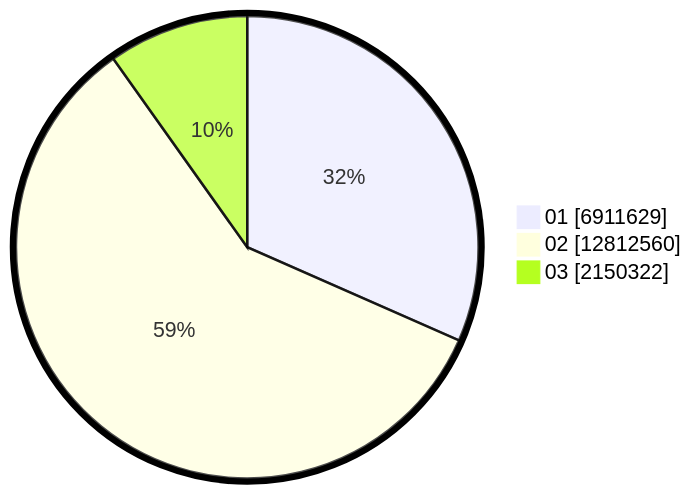
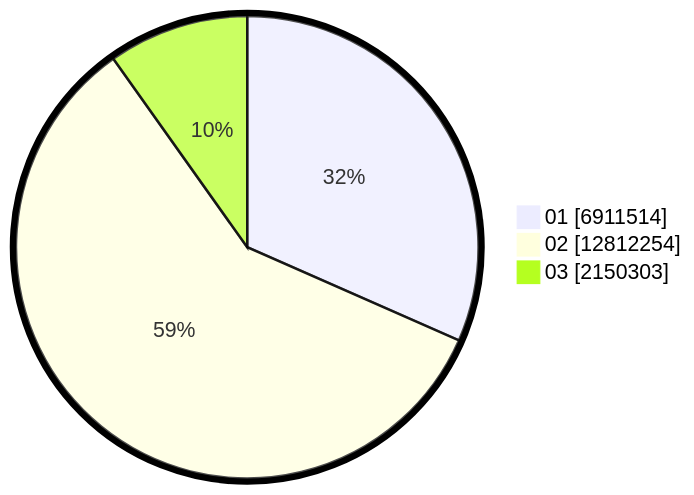
The second of 2 diagrams in pilpres/hitung-suara/sub/table-wilayah-32.md (gigit-pemilu/pemilu-2024), drawn with Mermaid before and after one commit. The commit also changed other lines of this file and 10 other files, not shown here.

````diff
--- a/pilpres/hitung-suara/sub/table-wilayah-32.md
+++ b/pilpres/hitung-suara/sub/table-wilayah-32.md
@@ -15,7 +15,7 @@
 ```mermaid
 %%{init: {"pie": {"textPosition": 0.5}, "themeVariables": {"pieOuterStrokeWidth": "5px"}} }%%
 pie showData
-    "01" : 6911629
-    "02" : 12812560
-    "03" : 2150322
+    "01" : 6911514
+    "02" : 12812254
+    "03" : 2150303
 ```
````
